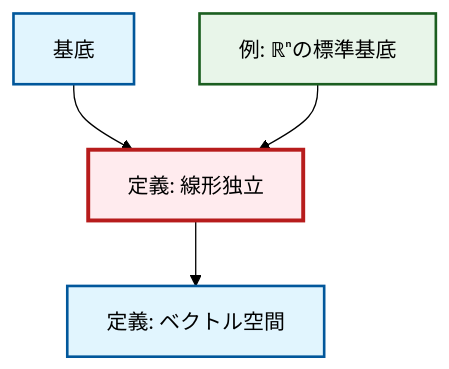
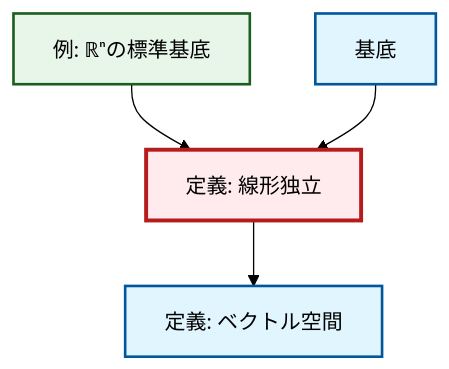
Before and after one commit to RK0429/ModernMath: the diagram in content/ja/algebra/def-linear-independence.qmd, drawn with Mermaid (forest theme). The commit also changed 672 other files, not shown here.

````diff
--- a/content/ja/algebra/def-linear-independence.qmd
+++ b/content/ja/algebra/def-linear-independence.qmd
@@ -46,20 +46,20 @@
 ```{mermaid}
-%%| fig-cap: "Local dependency graph"
+%%| fig-cap: "ローカル依存関係グラフ"
 graph TD
     classDef definition fill:#e1f5fe,stroke:#01579b,stroke-width:2px
     classDef theorem fill:#f3e5f5,stroke:#4a148c,stroke-width:2px
     classDef axiom fill:#fff3e0,stroke:#e65100,stroke-width:2px
     classDef example fill:#e8f5e9,stroke:#1b5e20,stroke-width:2px
     classDef current fill:#ffebee,stroke:#b71c1c,stroke-width:3px
+    ex-standard-basis-rn["例: ℝⁿの標準基底"]:::example
+    def-linear-independence["定義: 線形独立"]:::definition
+    def-vector-space["定義: ベクトル空間"]:::definition
     def-basis["基底"]:::definition
-    ex-standard-basis-rn["例: ℝⁿの標準基底"]:::example
-    def-vector-space["定義: ベクトル空間"]:::definition
-    def-linear-independence["定義: 線形独立"]:::definition
+    ex-standard-basis-rn --> def-linear-independence
     def-basis --> def-linear-independence
     def-linear-independence --> def-vector-space
-    ex-standard-basis-rn --> def-linear-independence
     class def-linear-independence current
-    click def-basis "def-basis.html" "基底へ"
     click ex-standard-basis-rn "ex-standard-basis-rn.html" "ℝⁿの標準基底の例へ"
     click def-vector-space "def-vector-space.html" "ベクトル空間の定義へ"
+    click def-basis "def-basis.html" "基底へ"
 ```
````
